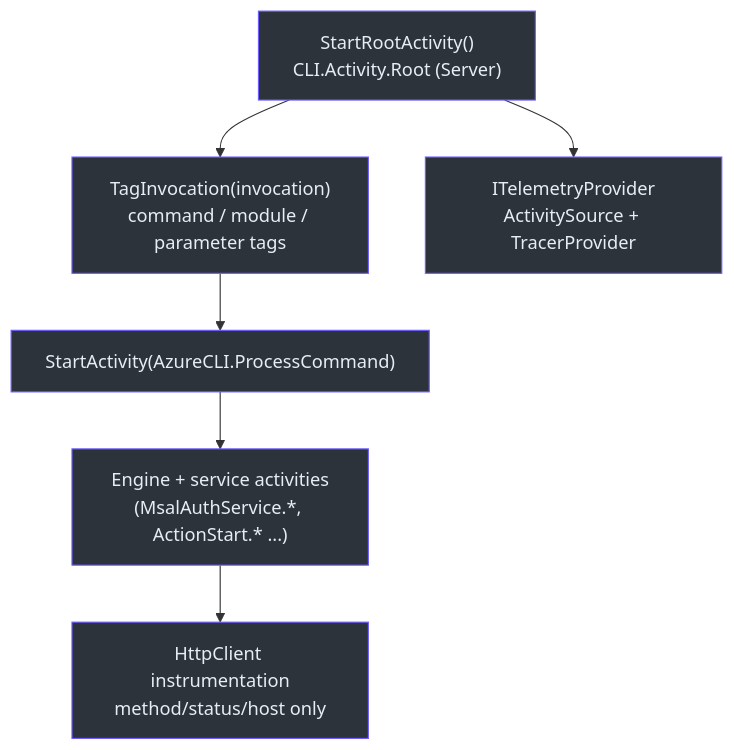
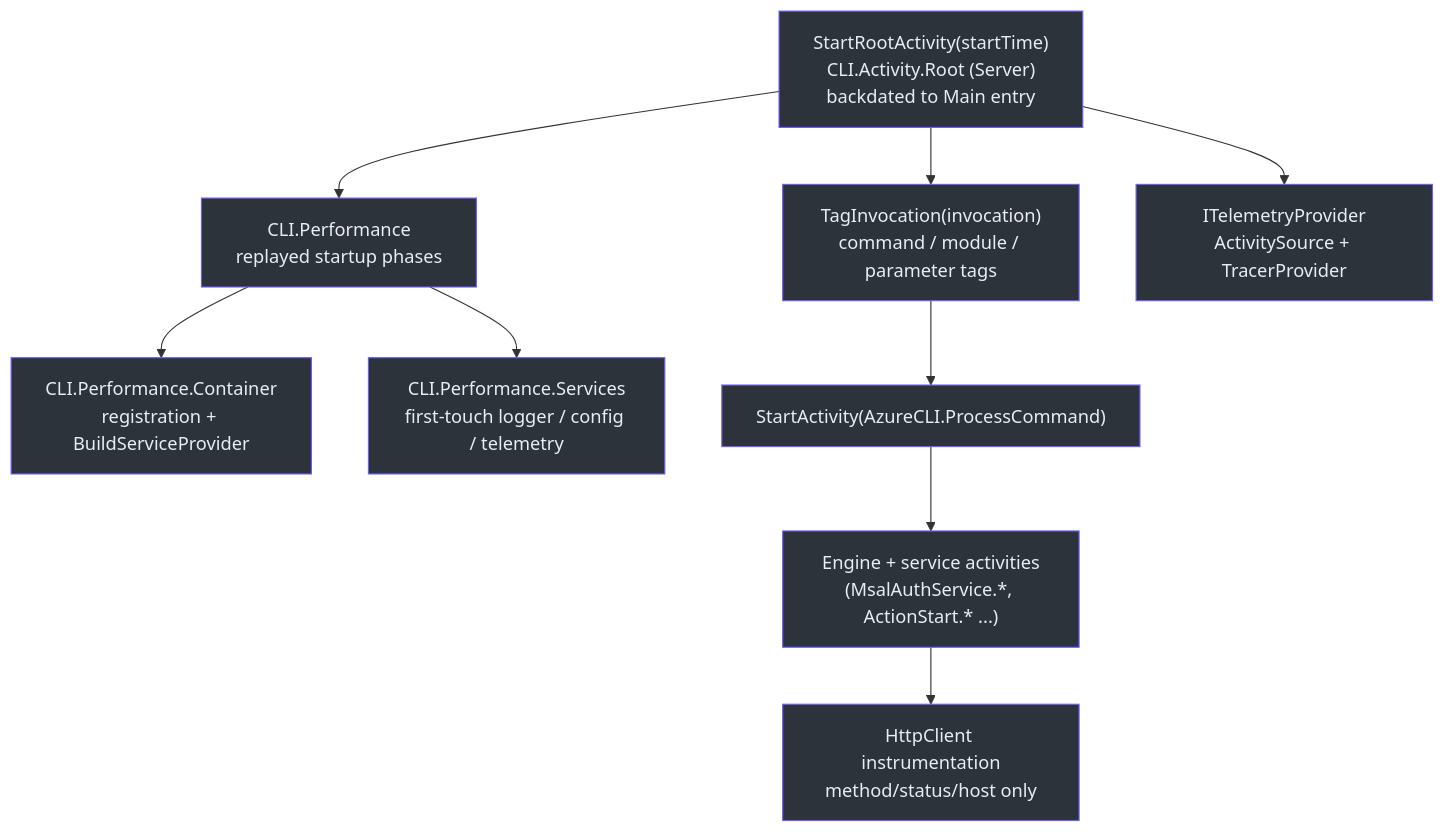
Before and after one commit to Azure/azclips: the first of 2 diagrams in wiki/02-deep-dive/telemetry.md, drawn with Mermaid. The commit also changed other lines of this file and 1 other file, not shown here.

Commit message:
{CLI} Flatten Main's nested try and document startup telemetry

````diff
--- a/wiki/02-deep-dive/telemetry.md
+++ b/wiki/02-deep-dive/telemetry.md
@@ -23,15 +23,21 @@
 ```mermaid
 flowchart TB
-    Root["StartRootActivity()<br>CLI.Activity.Root (Server)"] --> Tag["TagInvocation(invocation)<br>command / module / parameter tags"]
+    Root["StartRootActivity(startTime)<br>CLI.Activity.Root (Server)<br>backdated to Main entry"] --> Perf["CLI.Performance<br>replayed startup phases"]
+    Perf --> Container["CLI.Performance.Container<br>registration + BuildServiceProvider"]
+    Perf --> Services["CLI.Performance.Services<br>first-touch logger / config / telemetry"]
+    Root --> Tag["TagInvocation(invocation)<br>command / module / parameter tags"]
     Tag --> Cmd["StartActivity(AzureCLI.ProcessCommand)"]
     Cmd --> Engine["Engine + service activities<br>(MsalAuthService.*, ActionStart.* ...)"]
     Engine --> Http["HttpClient instrumentation<br>method/status/host only"]
     Root --> Provider["ITelemetryProvider<br>ActivitySource + TracerProvider"]
 
     style Root fill:#2d333b,stroke:#6d5dfc,color:#e6edf3
+    style Perf fill:#2d333b,stroke:#6d5dfc,color:#e6edf3
+    style Container fill:#2d333b,stroke:#6d5dfc,color:#e6edf3
+    style Services fill:#2d333b,stroke:#6d5dfc,color:#e6edf3
     style Tag fill:#2d333b,stroke:#6d5dfc,color:#e6edf3
     style Cmd fill:#2d333b,stroke:#6d5dfc,color:#e6edf3
     style Engine fill:#2d333b,stroke:#6d5dfc,color:#e6edf3
     style Http fill:#2d333b,stroke:#6d5dfc,color:#e6edf3
     style Provider fill:#2d333b,stroke:#6d5dfc,color:#e6edf3
 ```
````
